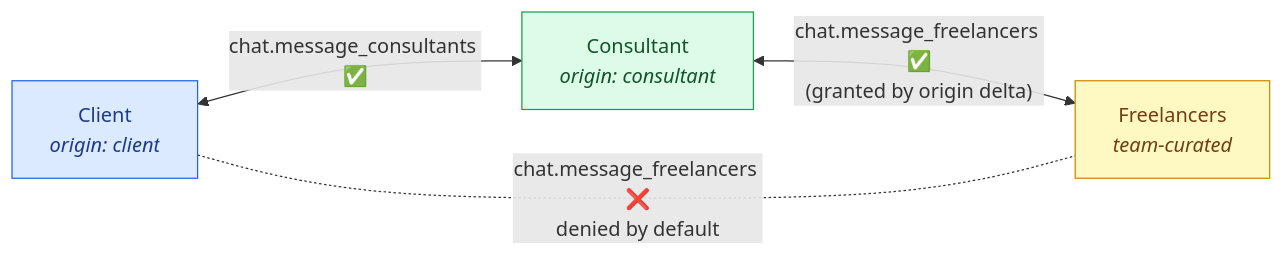
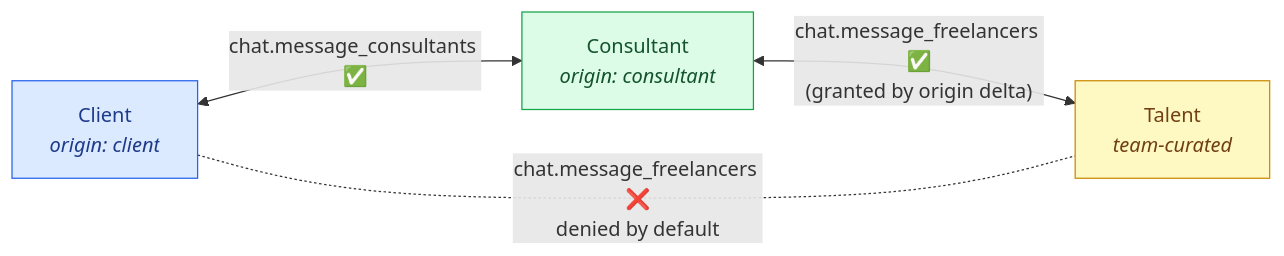
The first of 2 diagrams in docs/11-domains/clients/consultant-interaction.md (DavidBatoDev/proyekto), drawn with Mermaid before and after one commit. The commit also changed other lines of this file and 27 other files, not shown here.

````diff
--- a/docs/11-domains/clients/consultant-interaction.md
+++ b/docs/11-domains/clients/consultant-interaction.md
@@ -26,14 +26,14 @@
 ```mermaid
 flowchart LR
     CL["Client<br/><i>origin: client</i>"]
     CO["Consultant<br/><i>origin: consultant</i>"]
-    FL["Freelancers<br/><i>team-curated</i>"]
+    FL["Talent<br/><i>team-curated</i>"]
 
     CL <-->|"chat.message_consultants ✅"| CO
     CO <-->|"chat.message_freelancers ✅<br/>(granted by origin delta)"| FL
     CL -.-|"chat.message_freelancers ❌<br/>denied by default"| FL
 
     style CL fill:#dbeafe,stroke:#2563eb,color:#1e3a8a
     style CO fill:#dcfce7,stroke:#16a34a,color:#14532d
     style FL fill:#fef9c3,stroke:#ca8a04,color:#713f12
 ```
````
